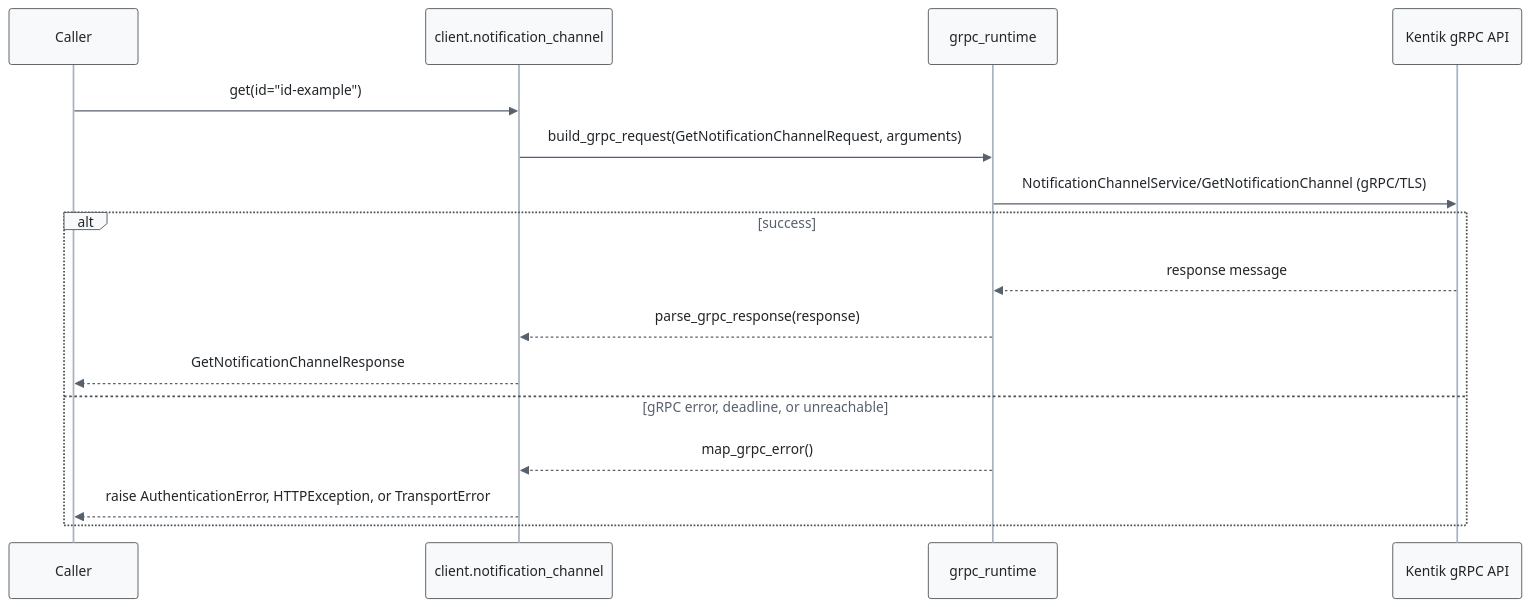
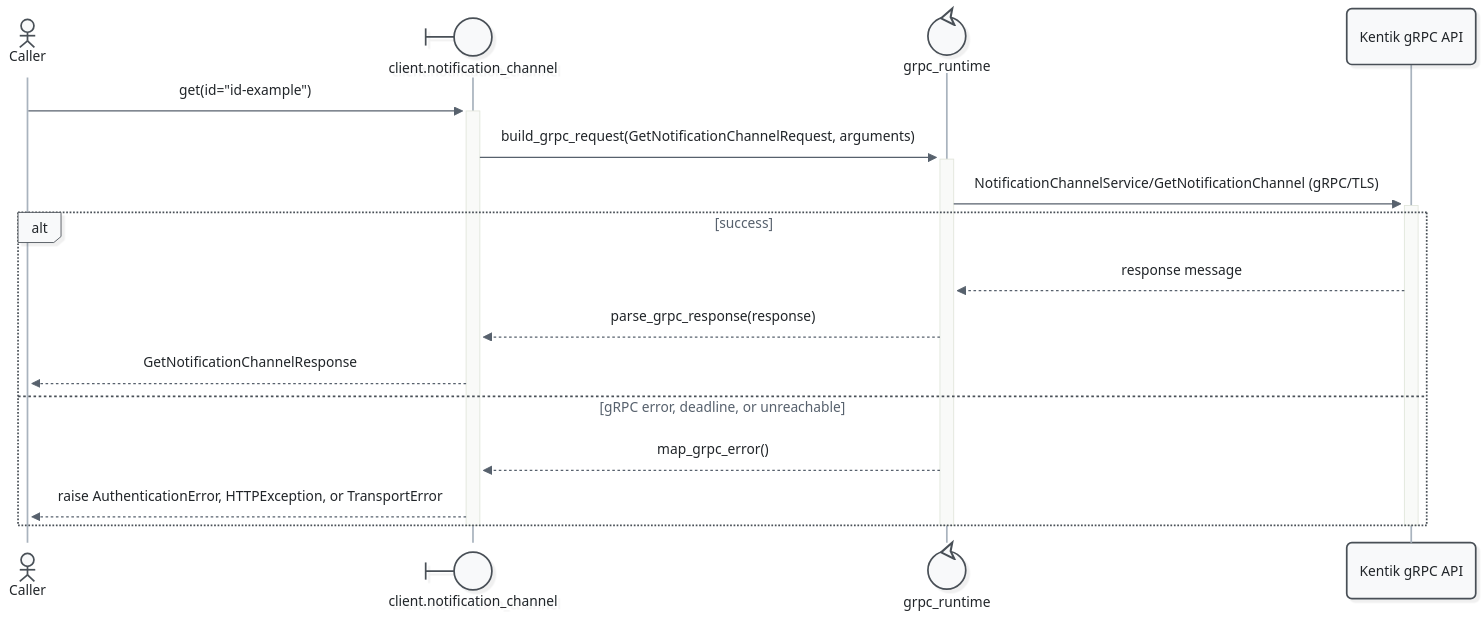
Before and after one commit to alexdearaujo/community_sdk_python: the sixth of 7 diagrams in docs/sphinx/services/notification_channel.md, drawn with Mermaid. The commit also changed other lines of this file and 52 other files, not shown here.

First line of the commit message:
docs: Mermaid 12 sequence diagrams with participant types and path colors

````diff
--- a/docs/sphinx/services/notification_channel.md
+++ b/docs/sphinx/services/notification_channel.md
@@ -204,20 +216,23 @@
 ```mermaid
-%%{init: {"theme": "base", "fontFamily": "ui-monospace, SFMono-Regular, Menlo, monospace", "themeVariables": {"fontFamily": "ui-monospace, SFMono-Regular, Menlo, monospace", "primaryColor": "#f8f9fa", "primaryBorderColor": "#495057", "primaryTextColor": "#212529", "textColor": "#212529", "lineColor": "#77818c", "edgeLabelBackground": "#ffffff", "actorBkg": "#f8f9fa", "actorBorder": "#495057", "actorTextColor": "#212529", "actorLineColor": "#a9b3be", "signalColor": "#57616d", "signalTextColor": "#212529", "labelBoxBkgColor": "#f8f9fa", "labelBoxBorderColor": "#495057", "labelTextColor": "#212529", "loopTextColor": "#57616d", "noteBkgColor": "#fff9db", "noteBorderColor": "#f08c00", "noteTextColor": "#a35a00"}, "flowchart": {"curve": "step", "nodeSpacing": 30, "rankSpacing": 70, "wrappingWidth": 400}}}%%
+%%{init: {"theme": "redux", "look": "neo", "layout": "dagre", "fontFamily": "ui-monospace, SFMono-Regular, Menlo, monospace", "themeVariables": {"fontFamily": "ui-monospace, SFMono-Regular, Menlo, monospace", "primaryColor": "#f8f9fa", "primaryBorderColor": "#495057", "primaryTextColor": "#212529", "textColor": "#212529", "lineColor": "#77818c", "edgeLabelBackground": "#ffffff", "actorBkg": "#f8f9fa", "actorBorder": "#495057", "actorTextColor": "#212529", "actorLineColor": "#a9b3be", "signalColor": "#57616d", "signalTextColor": "#212529", "labelBoxBkgColor": "#f8f9fa", "labelBoxBorderColor": "#495057", "labelTextColor": "#212529", "loopTextColor": "#57616d", "noteBkgColor": "#fff9db", "noteBorderColor": "#f08c00", "noteTextColor": "#a35a00"}, "sequence": {"activationWidth": 16}, "flowchart": {"curve": "step", "nodeSpacing": 30, "rankSpacing": 70, "wrappingWidth": 400}}}%%
 sequenceDiagram
-    participant C as Caller
-    participant W as client.notification_channel
-    participant R as grpc_runtime
+    actor C as Caller
+    participant W@{ "type": "boundary" } as client.notification_channel
+    participant R@{ "type": "control" } as grpc_runtime
     participant API as Kentik gRPC API
 
-    C->>W: get(id="id-example")
-    W->>R: build_grpc_request(GetNotificationChannelRequest, arguments)
-    R->>API: NotificationChannelService/GetNotificationChannel (gRPC/TLS)
+    C->>+W: get(id="id-example")
+    W->>+R: build_grpc_request(GetNotificationChannelRequest, arguments)
+    R->>+API: NotificationChannelService/GetNotificationChannel (gRPC/TLS)
     alt success
         API-->>R: response message
         R-->>W: parse_grpc_response(response)
         W-->>C: GetNotificationChannelResponse
     else gRPC error, deadline, or unreachable
         R-->>W: map_grpc_error()
         W-->>C: raise AuthenticationError, HTTPException, or TransportError
     end
+    deactivate API
+    deactivate R
+    deactivate W
 ```
````
